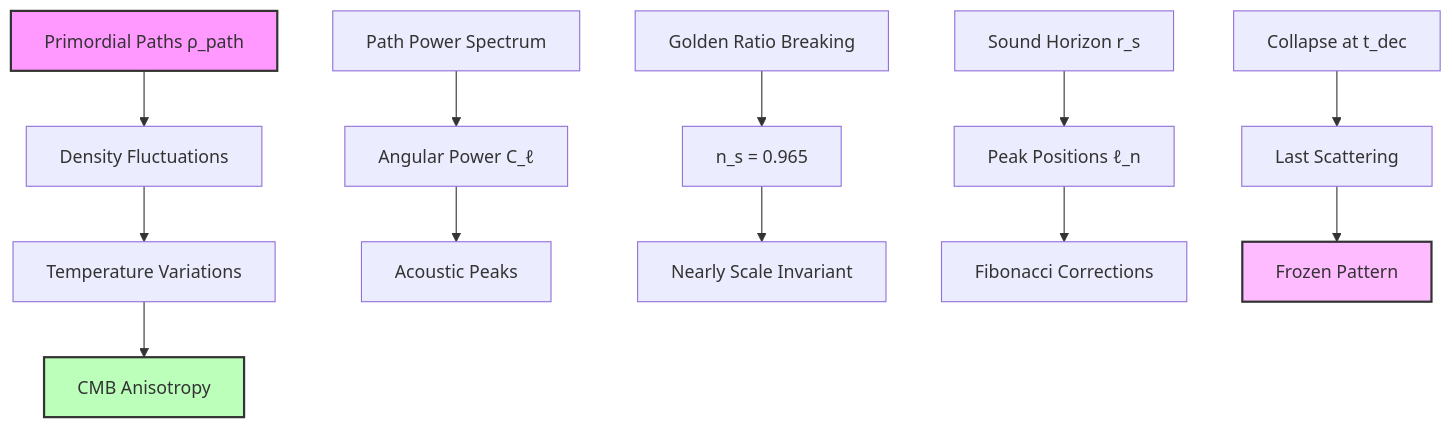
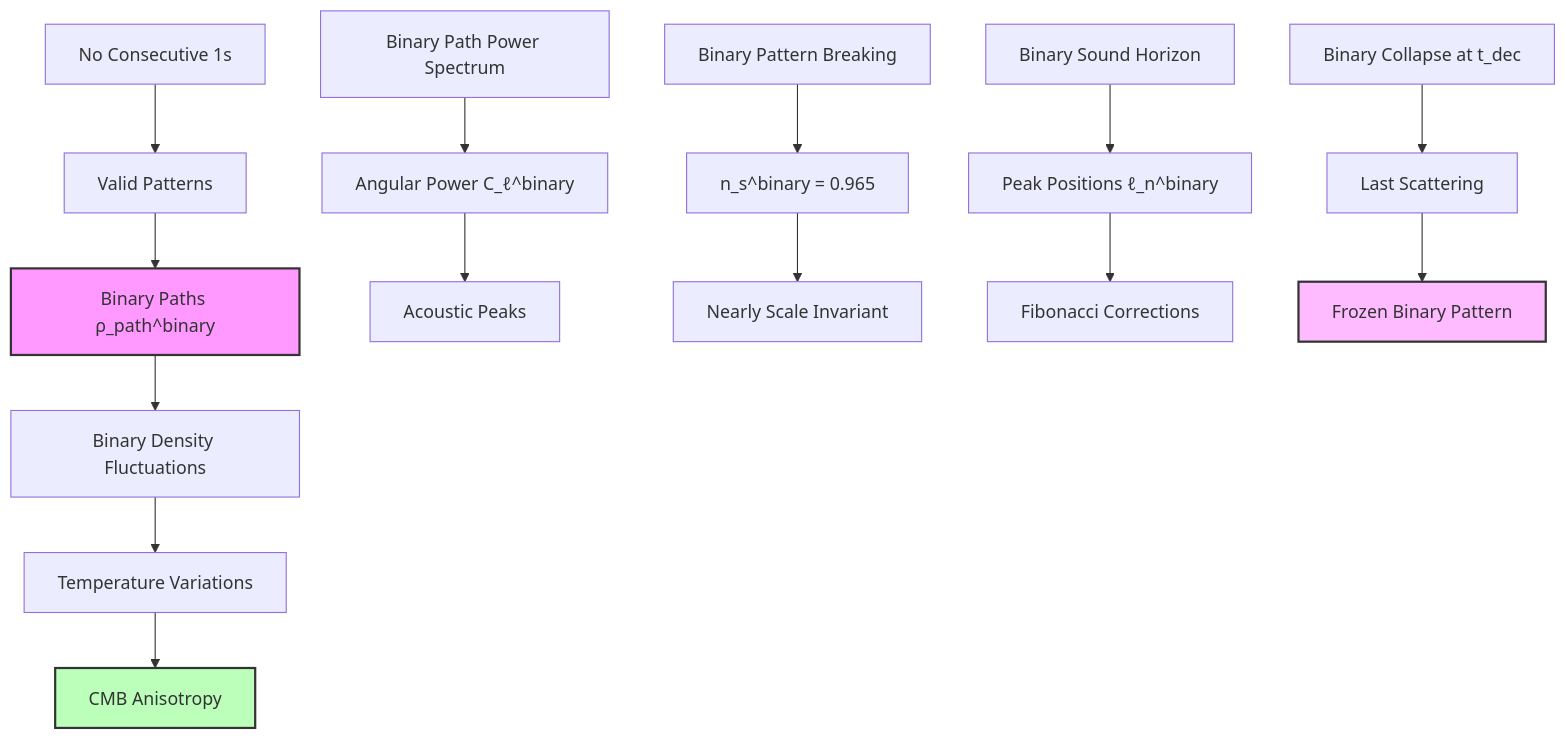
One commit to loning/the-phys changed the first of 2 diagrams in docs/psi-constants/part-04-collapse-cosmology/chapter-061-collapse-paths-cmb-anisotropy-constants.md. Above: the diagram before and after it, drawn with Mermaid. The commit also changed other lines of this file and 1 other file, not shown here.

````diff
--- a/docs/psi-constants/part-04-collapse-cosmology/chapter-061-collapse-paths-cmb-anisotropy-constants.md
+++ b/docs/psi-constants/part-04-collapse-cosmology/chapter-061-collapse-paths-cmb-anisotropy-constants.md
@@ -150,22 +163,25 @@
 ```mermaid
 graph TD
-    A["Primordial Paths ρ_path"] --> B["Density Fluctuations"]
+    A["Binary Paths ρ_path^binary"] --> B["Binary Density Fluctuations"]
     B --> C["Temperature Variations"]
     C --> D["CMB Anisotropy"]
     
-    E["Path Power Spectrum"] --> F["Angular Power C_ℓ"]
+    E["Binary Path Power Spectrum"] --> F["Angular Power C_ℓ^binary"]
     F --> G["Acoustic Peaks"]
     
-    H["Golden Ratio Breaking"] --> I["n_s = 0.965"]
+    H["Binary Pattern Breaking"] --> I["n_s^binary = 0.965"]
     I --> J["Nearly Scale Invariant"]
     
-    K["Sound Horizon r_s"] --> L["Peak Positions ℓ_n"]
+    K["Binary Sound Horizon"] --> L["Peak Positions ℓ_n^binary"]
     L --> M["Fibonacci Corrections"]
     
-    N["Collapse at t_dec"] --> O["Last Scattering"]
-    O --> P["Frozen Pattern"]
+    N["Binary Collapse at t_dec"] --> O["Last Scattering"]
+    O --> P["Frozen Binary Pattern"]
+    
+    Q["No Consecutive 1s"] --> R["Valid Patterns"]
+    R --> A
     
     style A fill:#f9f,stroke:#333,stroke-width:2px
     style D fill:#bfb,stroke:#333,stroke-width:2px
     style P fill:#fbf,stroke:#333,stroke-width:2px
 ```
````
